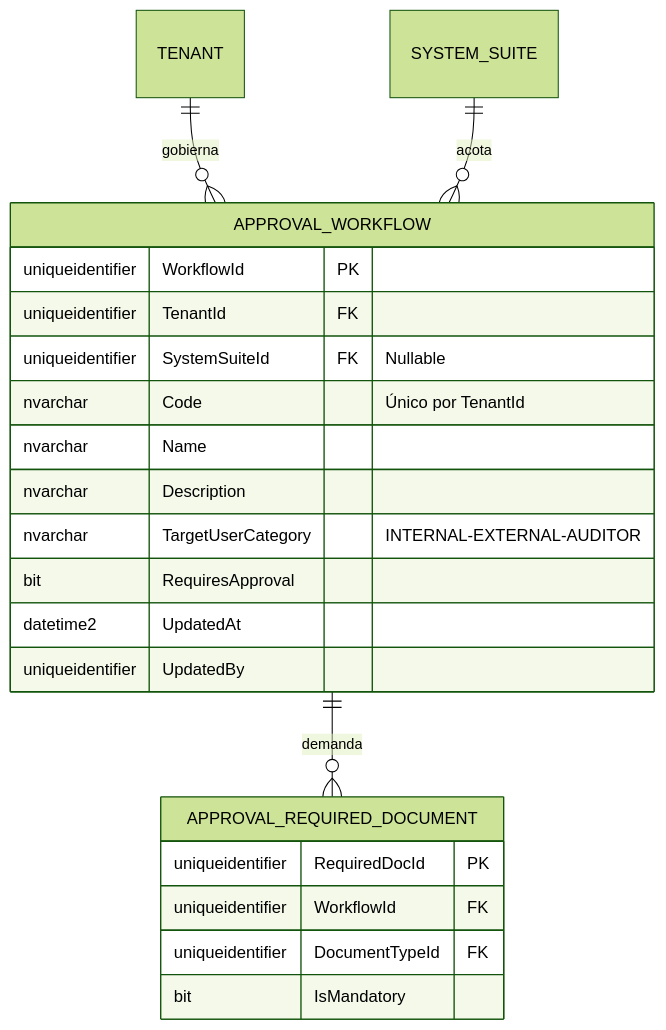
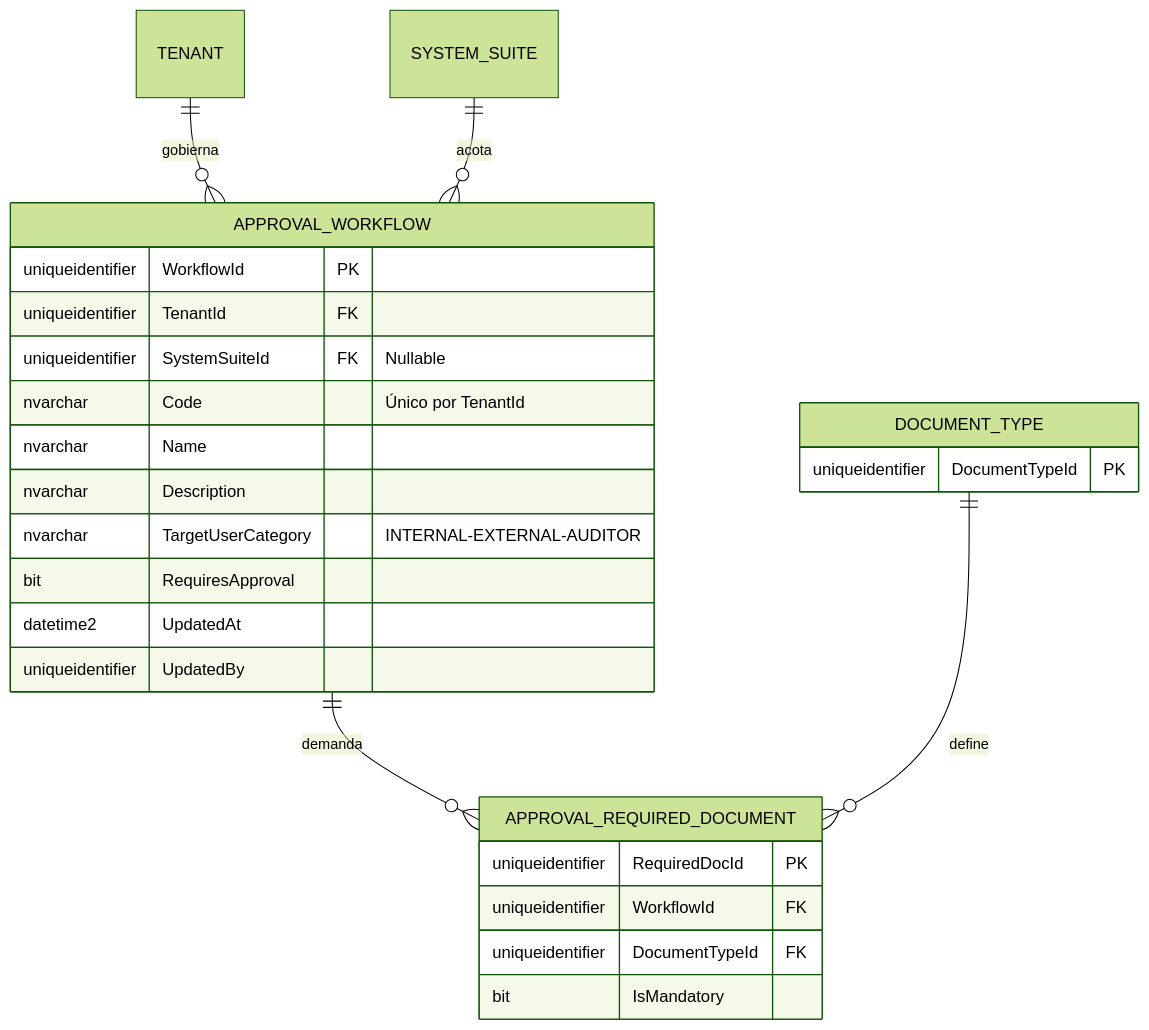
One commit to beyondnetcode/ums changed the third of 3 diagrams in docs/domain-es/approvals/approval-workflow.md. Above: the diagram before and after it, drawn with Mermaid (forest theme). The commit also changed other lines of this file and 19 other files, not shown here.

````diff
--- a/docs/domain-es/approvals/approval-workflow.md
+++ b/docs/domain-es/approvals/approval-workflow.md
@@ -141,25 +153,29 @@
 ```mermaid
 erDiagram
     TENANT ||--o{ APPROVAL_WORKFLOW : "gobierna"
     SYSTEM_SUITE ||--o{ APPROVAL_WORKFLOW : "acota"
     APPROVAL_WORKFLOW ||--o{ APPROVAL_REQUIRED_DOCUMENT : "demanda"
+    DOCUMENT_TYPE ||--o{ APPROVAL_REQUIRED_DOCUMENT : "define"
 
     APPROVAL_WORKFLOW {
         uniqueidentifier WorkflowId PK
         uniqueidentifier TenantId FK
         uniqueidentifier SystemSuiteId FK "Nullable"
         nvarchar Code "Único por TenantId"
         nvarchar Name
         nvarchar Description
         nvarchar TargetUserCategory "INTERNAL-EXTERNAL-AUDITOR"
         bit RequiresApproval
         datetime2 UpdatedAt
         uniqueidentifier UpdatedBy
     }
     APPROVAL_REQUIRED_DOCUMENT {
         uniqueidentifier RequiredDocId PK
         uniqueidentifier WorkflowId FK
         uniqueidentifier DocumentTypeId FK
         bit IsMandatory
     }
+    DOCUMENT_TYPE {
+        uniqueidentifier DocumentTypeId PK
+    }
 ```
````
